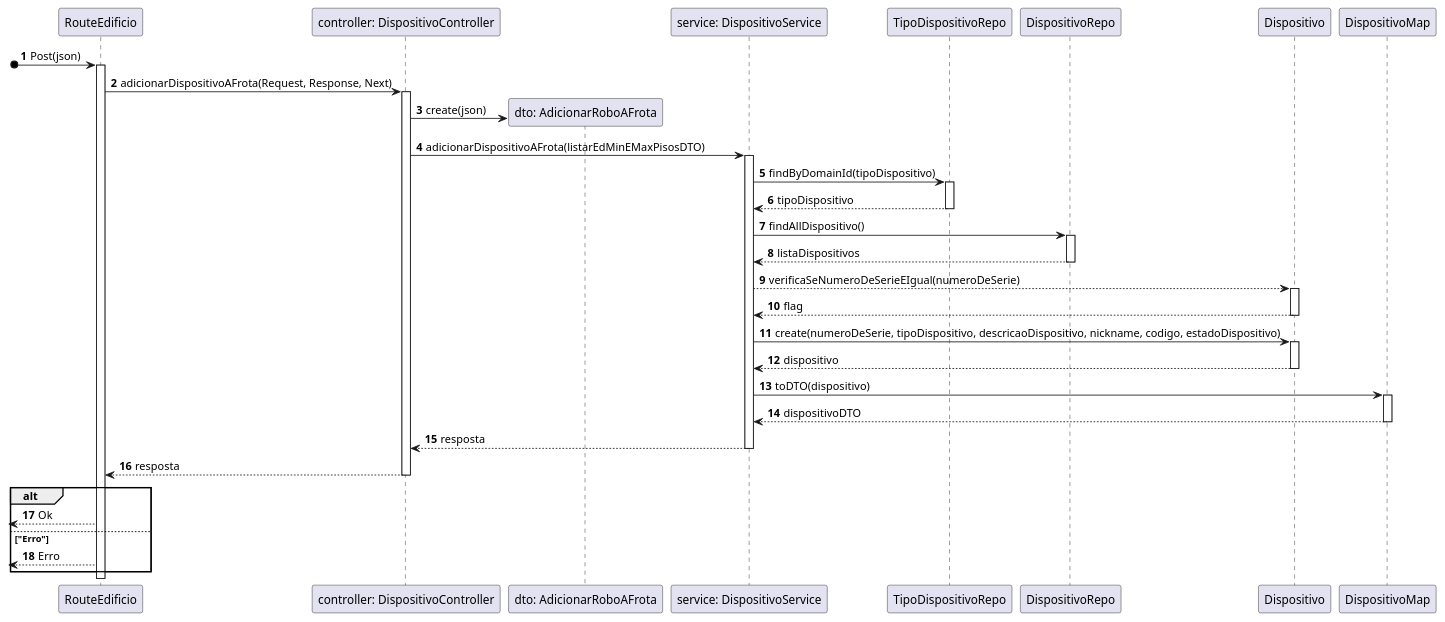
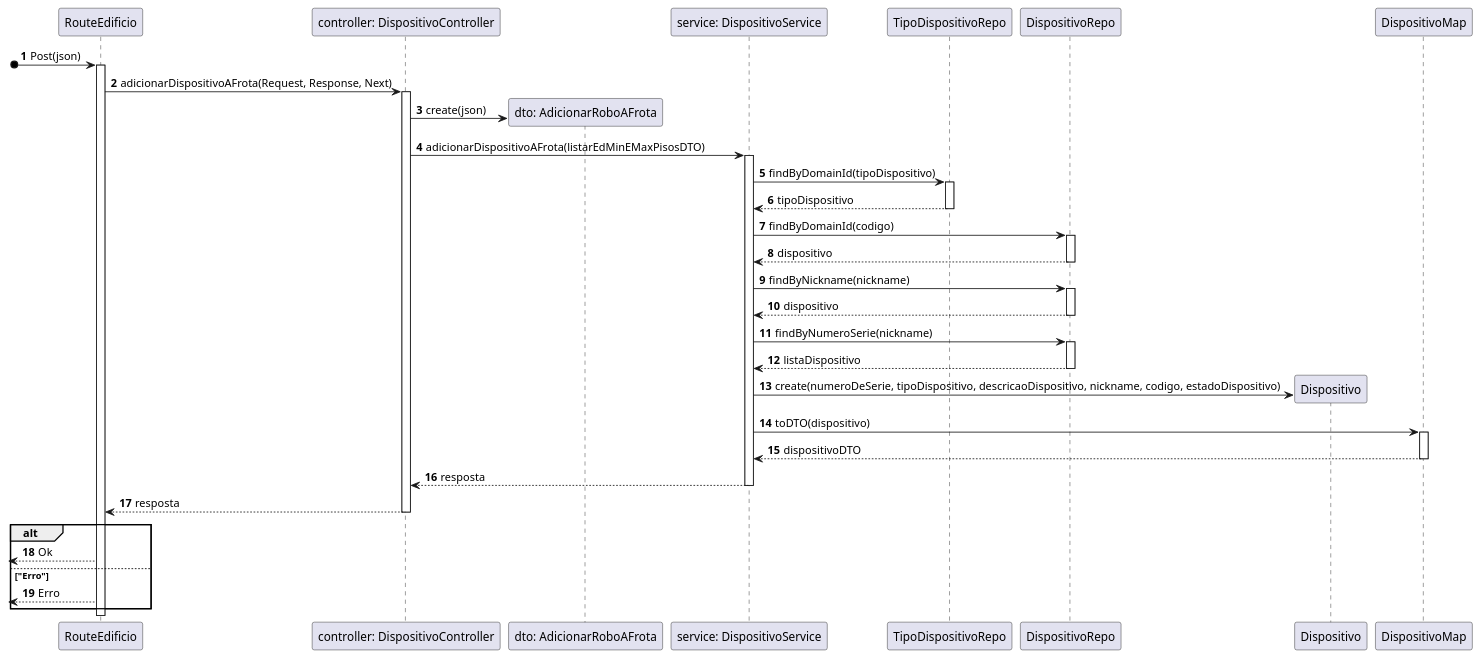
One commit to SEM5PI2324G58/sem5pi_g58_23_24 changed the diagram in docs/Sprint_A/US_360/N3/US360_VP.puml. Above: the diagram before and after it, drawn with PlantUML. The commit also changed 1 other file, not shown here.

```diff
--- a/docs/Sprint_A/US_360/N3/US360_VP.puml
+++ b/docs/Sprint_A/US_360/N3/US360_VP.puml
@@ -1,42 +1,41 @@
 autonumber
 
 participant RouteEdificio as route
 participant "controller: DispositivoController" as ctrl
 participant "dto: AdicionarRoboAFrota" as dto
 participant "service: DispositivoService" as service
 participant "TipoDispositivoRepo" as tipoRepo
 participant "DispositivoRepo" as disRepo
 participant "Dispositivo" as dispositivo
 participant "DispositivoMap" as disMap
 
 [o-> route: Post(json)
 activate route
 route -> ctrl: adicionarDispositivoAFrota(Request, Response, Next)
 activate ctrl
 ctrl -> dto ** : create(json)
 ctrl -> service: adicionarDispositivoAFrota(listarEdMinEMaxPisosDTO) 
 activate service
 service -> tipoRepo: findByDomainId(tipoDispositivo)
 activate tipoRepo
 return tipoDispositivo
-service -> disRepo: findAllDispositivo()
+service -> disRepo: findByDomainId(codigo)
 activate disRepo
-return listaDispositivos
-
-service --> dispositivo: verificaSeNumeroDeSerieEIgual(numeroDeSerie)
-activate dispositivo
-return flag
-
-service -> dispositivo: create(numeroDeSerie, tipoDispositivo, descricaoDispositivo, nickname, codigo, estadoDispositivo)
-activate dispositivo
 return dispositivo
+service -> disRepo: findByNickname(nickname)
+activate disRepo
+return dispositivo
+service -> disRepo: findByNumeroSerie(nickname)
+activate disRepo
+return listaDispositivo
+service -> dispositivo**: create(numeroDeSerie, tipoDispositivo, descricaoDispositivo, nickname, codigo, estadoDispositivo)
 service -> disMap: toDTO(dispositivo)
 activate disMap
 return dispositivoDTO
 return resposta
 return resposta
 alt
 <-- route: Ok
 else "Erro"
 <-- route: Erro
 end alt
```
